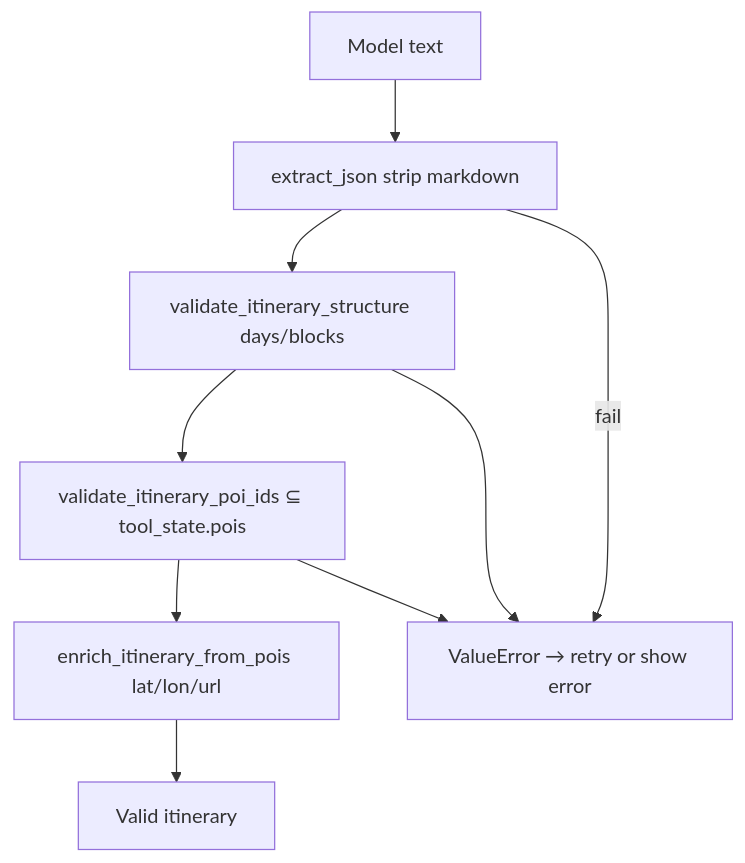
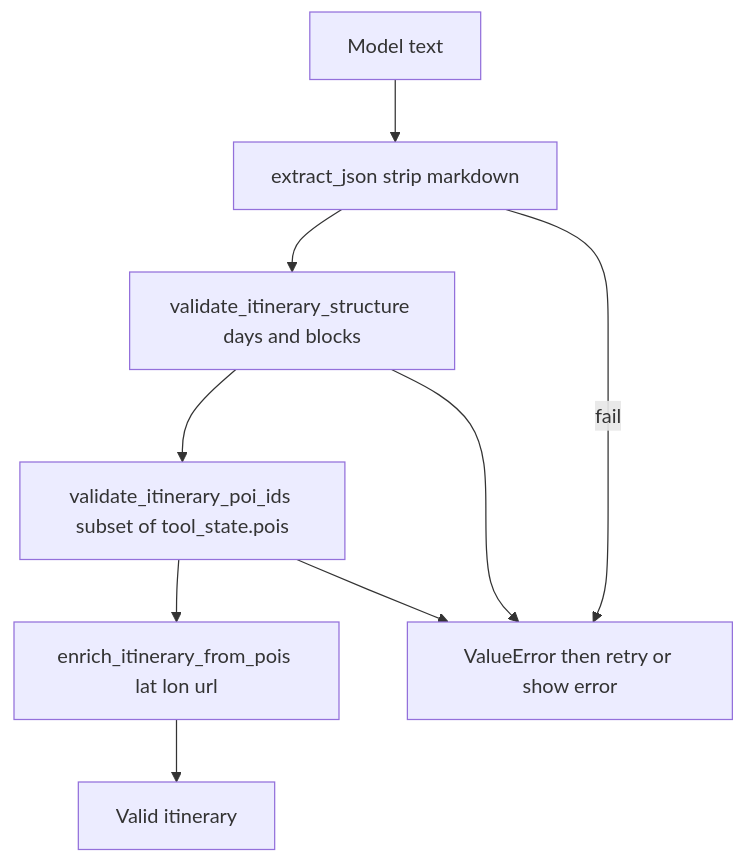
Before and after one commit to guptaastha1427/Trip-Planner: diagram 13 of 19 in info.md, drawn with Mermaid. The commit also changed other lines of this file and 4 other files, not shown here.

````diff
--- a/info.md
+++ b/info.md
@@ -444,11 +445,11 @@
 ```mermaid
 flowchart TD
   Raw[Model text] --> EX[extract_json strip markdown]
-  EX --> ST[validate_itinerary_structure days/blocks]
-  ST --> ID[validate_itinerary_poi_ids ⊆ tool_state.pois]
-  ID --> EN[enrich_itinerary_from_pois lat/lon/url]
+  EX --> ST[validate_itinerary_structure days and blocks]
+  ST --> ID[validate_itinerary_poi_ids subset of tool_state.pois]
+  ID --> EN[enrich_itinerary_from_pois lat lon url]
   EN --> OK[Valid itinerary]
-  EX -->|fail| ERR[ValueError → retry or show error]
+  EX -->|fail| ERR[ValueError then retry or show error]
   ST --> ERR
   ID --> ERR
 ```
````
